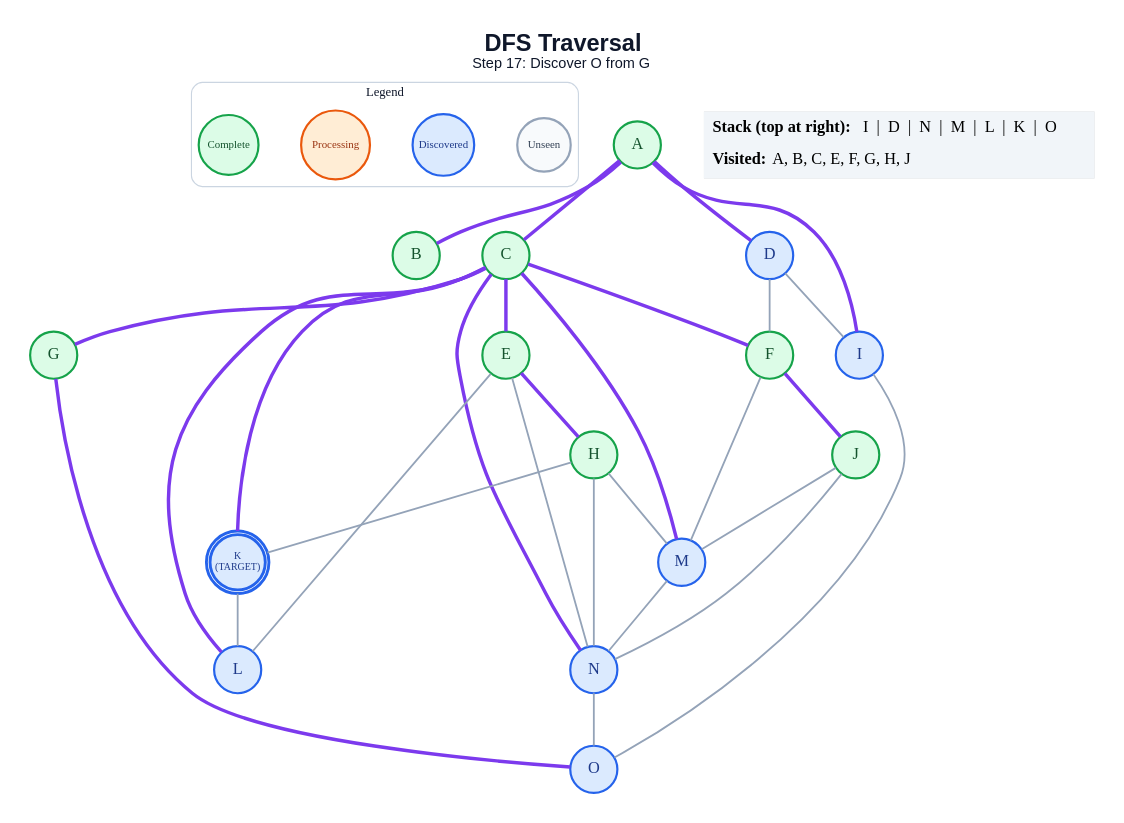
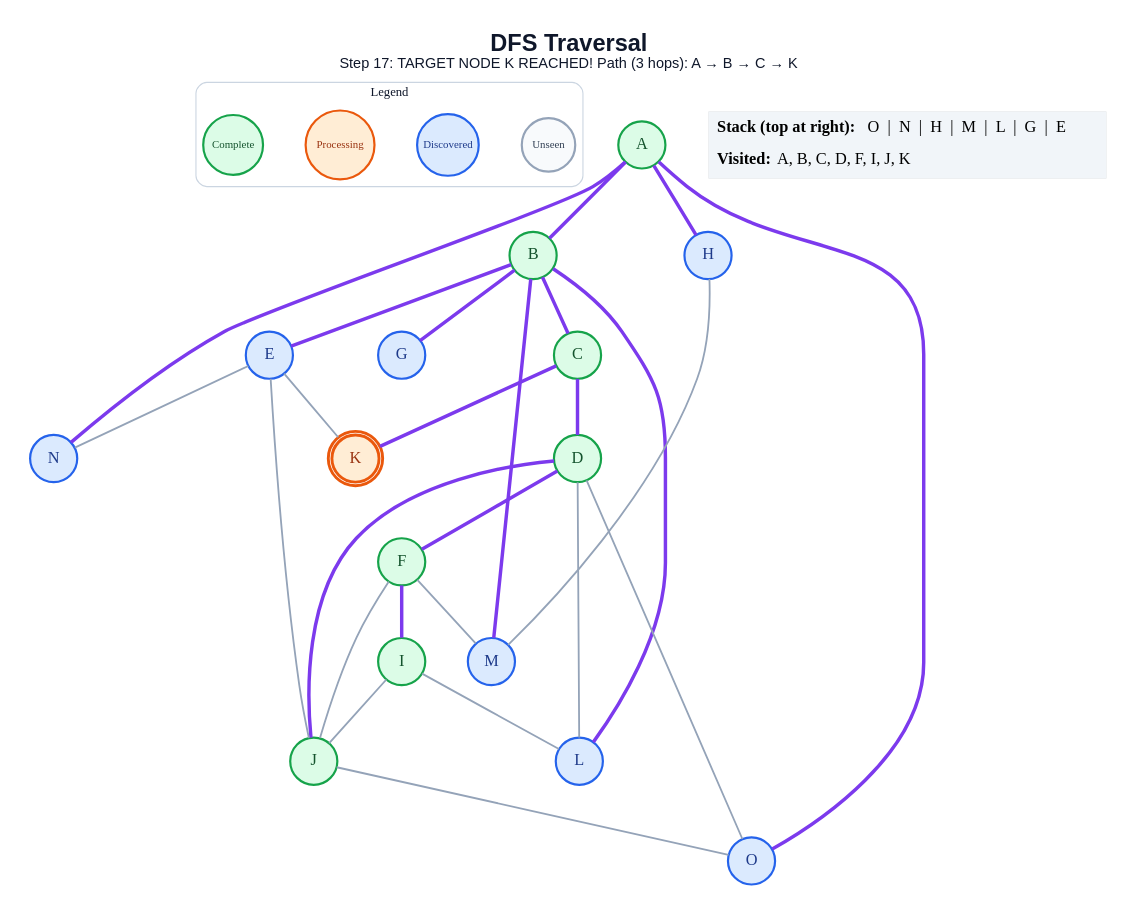
Before and after one commit to anon7238593-create/ai-slop: the diagram in generated/specific-node/dfs/step_17.dot, drawn with Graphviz. The commit also changed 248 other files, not shown here.

```diff
--- a/generated/specific-node/dfs/step_17.dot
+++ b/generated/specific-node/dfs/step_17.dot
@@ -1,62 +1,59 @@
 graph traversal {
   graph [layout=dot, rankdir=TB, bgcolor="#FFFFFF", pad="0.35", nodesep="0.65", ranksep="0.8", fontname="Arial"];
   node [shape=circle, style="filled", fontname="Arial Bold", fontsize=18, width=0.72, fixedsize=true, penwidth=2.4];
   edge [color="#94A3B8", penwidth=2.0];
-  label=<<B>DFS Traversal</B><BR/><FONT POINT-SIZE="16">Step 17: Discover O from G</FONT>>; labelloc="t"; fontsize=26; fontname="Arial"; fontcolor="#0F172A";
+  label=<<B>DFS Traversal</B><BR/><FONT POINT-SIZE="16">Step 17: TARGET NODE K REACHED! Path (3 hops): A → B → C → K</FONT>>; labelloc="t"; fontsize=26; fontname="Arial"; fontcolor="#0F172A";
   subgraph cluster_legend { label="Legend"; color="#CBD5E1"; penwidth=1.2; style="rounded"; fontsize=14; fontname="Arial Bold";
     key_unseen [label="Unseen", fillcolor="#F8FAFC", color="#94A3B8", fontcolor="#334155", fontsize=12, width=0.82];
     key_frontier [label="Discovered", fillcolor="#DBEAFE", color="#2563EB", fontcolor="#1E3A8A", fontsize=12, width=0.95];
     key_current [label="Processing", fillcolor="#FFEDD5", color="#EA580C", fontcolor="#9A3412", fontsize=12, width=1.05];
     key_done [label="Complete", fillcolor="#DCFCE7", color="#16A34A", fontcolor="#14532D", fontsize=12, width=0.92];
     { rank=same; key_unseen; key_frontier; key_current; key_done; }
   }
   A [label="A", fillcolor="#DCFCE7", color="#16A34A", fontcolor="#14532D", peripheries=1, penwidth=2.4];
   B [label="B", fillcolor="#DCFCE7", color="#16A34A", fontcolor="#14532D", peripheries=1, penwidth=2.4];
   C [label="C", fillcolor="#DCFCE7", color="#16A34A", fontcolor="#14532D", peripheries=1, penwidth=2.4];
-  D [label="D", fillcolor="#DBEAFE", color="#2563EB", fontcolor="#1E3A8A", peripheries=1, penwidth=2.4];
-  E [label="E", fillcolor="#DCFCE7", color="#16A34A", fontcolor="#14532D", peripheries=1, penwidth=2.4];
+  D [label="D", fillcolor="#DCFCE7", color="#16A34A", fontcolor="#14532D", peripheries=1, penwidth=2.4];
+  E [label="E", fillcolor="#DBEAFE", color="#2563EB", fontcolor="#1E3A8A", peripheries=1, penwidth=2.4];
   F [label="F", fillcolor="#DCFCE7", color="#16A34A", fontcolor="#14532D", peripheries=1, penwidth=2.4];
-  G [label="G", fillcolor="#DCFCE7", color="#16A34A", fontcolor="#14532D", peripheries=1, penwidth=2.4];
-  H [label="H", fillcolor="#DCFCE7", color="#16A34A", fontcolor="#14532D", peripheries=1, penwidth=2.4];
-  I [label="I", fillcolor="#DBEAFE", color="#2563EB", fontcolor="#1E3A8A", peripheries=1, penwidth=2.4];
+  G [label="G", fillcolor="#DBEAFE", color="#2563EB", fontcolor="#1E3A8A", peripheries=1, penwidth=2.4];
+  H [label="H", fillcolor="#DBEAFE", color="#2563EB", fontcolor="#1E3A8A", peripheries=1, penwidth=2.4];
+  I [label="I", fillcolor="#DCFCE7", color="#16A34A", fontcolor="#14532D", peripheries=1, penwidth=2.4];
   J [label="J", fillcolor="#DCFCE7", color="#16A34A", fontcolor="#14532D", peripheries=1, penwidth=2.4];
-  K [label="K\n(TARGET)", fillcolor="#DBEAFE", color="#2563EB", fontcolor="#1E3A8A", peripheries=2, penwidth=3.2, fontsize=11, width=0.85, height=0.85];
+  K [label="K", fillcolor="#FFEDD5", color="#EA580C", fontcolor="#9A3412", peripheries=2, penwidth=3.2];
   L [label="L", fillcolor="#DBEAFE", color="#2563EB", fontcolor="#1E3A8A", peripheries=1, penwidth=2.4];
   M [label="M", fillcolor="#DBEAFE", color="#2563EB", fontcolor="#1E3A8A", peripheries=1, penwidth=2.4];
   N [label="N", fillcolor="#DBEAFE", color="#2563EB", fontcolor="#1E3A8A", peripheries=1, penwidth=2.4];
   O [label="O", fillcolor="#DBEAFE", color="#2563EB", fontcolor="#1E3A8A", peripheries=1, penwidth=2.4];
   A -- B [color="#7C3AED", penwidth=3.8];
-  A -- C [color="#7C3AED", penwidth=3.8];
-  A -- D [color="#7C3AED", penwidth=3.8];
-  A -- I [color="#7C3AED", penwidth=3.8];
-  C -- E [color="#7C3AED", penwidth=3.8];
-  C -- F [color="#7C3AED", penwidth=3.8];
-  C -- G [color="#7C3AED", penwidth=3.8];
+  A -- H [color="#7C3AED", penwidth=3.8];
+  A -- N [color="#7C3AED", penwidth=3.8];
+  A -- O [color="#7C3AED", penwidth=3.8];
+  B -- C [color="#7C3AED", penwidth=3.8];
+  B -- E [color="#7C3AED", penwidth=3.8];
+  B -- G [color="#7C3AED", penwidth=3.8];
+  B -- L [color="#7C3AED", penwidth=3.8];
+  B -- M [color="#7C3AED", penwidth=3.8];
+  C -- D [color="#7C3AED", penwidth=3.8];
   C -- K [color="#7C3AED", penwidth=3.8];
-  C -- L [color="#7C3AED", penwidth=3.8];
-  C -- M [color="#7C3AED", penwidth=3.8];
-  C -- N [color="#7C3AED", penwidth=3.8];
-  D -- F;
-  D -- I;
-  E -- H [color="#7C3AED", penwidth=3.8];
-  E -- L;
+  D -- F [color="#7C3AED", penwidth=3.8];
+  D -- J [color="#7C3AED", penwidth=3.8];
+  D -- L;
+  D -- O;
+  E -- J;
+  E -- K;
   E -- N;
-  F -- J [color="#7C3AED", penwidth=3.8];
+  F -- I [color="#7C3AED", penwidth=3.8];
+  F -- J;
   F -- M;
-  G -- O [color="#7C3AED", penwidth=3.8];
-  H -- K;
   H -- M;
-  H -- N;
-  I -- O;
-  J -- M;
-  J -- N;
-  K -- L;
-  M -- N;
-  N -- O;
+  I -- J;
+  I -- L;
+  J -- O;
   status [shape=plain, fixedsize=false, width=0, height=0, margin=0, label=<
     <TABLE BORDER="0" CELLBORDER="0" CELLPADDING="7" BGCOLOR="#F1F5F9">
-      <TR><TD ALIGN="LEFT"><B>Stack (top at right):</B> I  |  D  |  N  |  M  |  L  |  K  |  O</TD></TR>
-      <TR><TD ALIGN="LEFT"><B>Visited:</B> A, B, C, E, F, G, H, J</TD></TR>
+      <TR><TD ALIGN="LEFT"><B>Stack (top at right):</B> O  |  N  |  H  |  M  |  L  |  G  |  E</TD></TR>
+      <TR><TD ALIGN="LEFT"><B>Visited:</B> A, B, C, D, F, I, J, K</TD></TR>
     </TABLE>
   >];
 }
```
